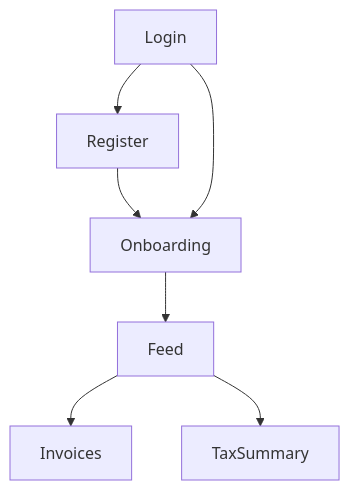
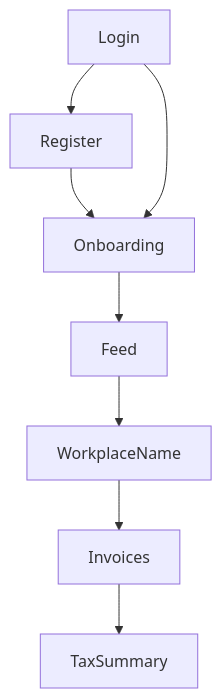
The diagram in docs/20_plan_pages.md (Toktakk/theratax), drawn with Mermaid before and after one commit. The commit also changed other lines of this file and 13 other files, not shown here.

````diff
--- a/docs/20_plan_pages.md
+++ b/docs/20_plan_pages.md
@@ -9,15 +9,17 @@
 ```mermaid
 flowchart TD
   login[Login]
   register[Register]
   onboarding[Onboarding]
   feed[Feed]
+  names[WorkplaceName]
   invoices[Invoices]
   tax[TaxSummary]
   login --> register
   register --> onboarding
   login --> onboarding
   onboarding --> feed
-  feed --> invoices
-  feed --> tax
+  feed --> names
+  names --> invoices
+  invoices --> tax
 ```
````
